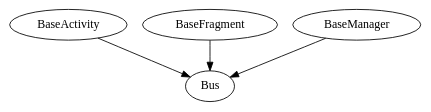
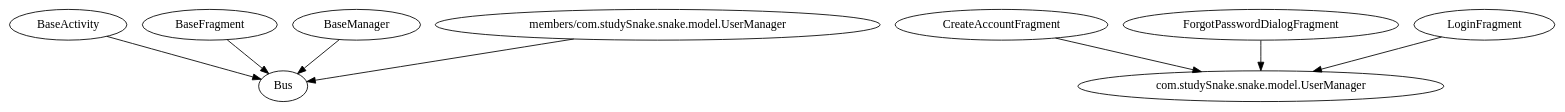
One commit to ndis1/StudySnake changed the diagram in .apt_generated/com/studySnake/snake/BaseApplication.MyModule.dot. Above: the diagram before and after it, drawn with Graphviz. The commit also changed 37 other files, not shown here.

```diff
--- a/.apt_generated/com/studySnake/snake/BaseApplication.MyModule.dot
+++ b/.apt_generated/com/studySnake/snake/BaseApplication.MyModule.dot
@@ -1,6 +1,12 @@
 digraph G1 {
   concentrate = true;
   BaseActivity -> Bus;
   BaseFragment -> Bus;
   BaseManager -> Bus;
+  n2 [label="com.studySnake.snake.model.UserManager"];
+  CreateAccountFragment -> n2;
+  ForgotPasswordDialogFragment -> n2;
+  LoginFragment -> n2;
+  n3 [label="members/com.studySnake.snake.model.UserManager"];
+  n3 -> Bus;
 }
```
